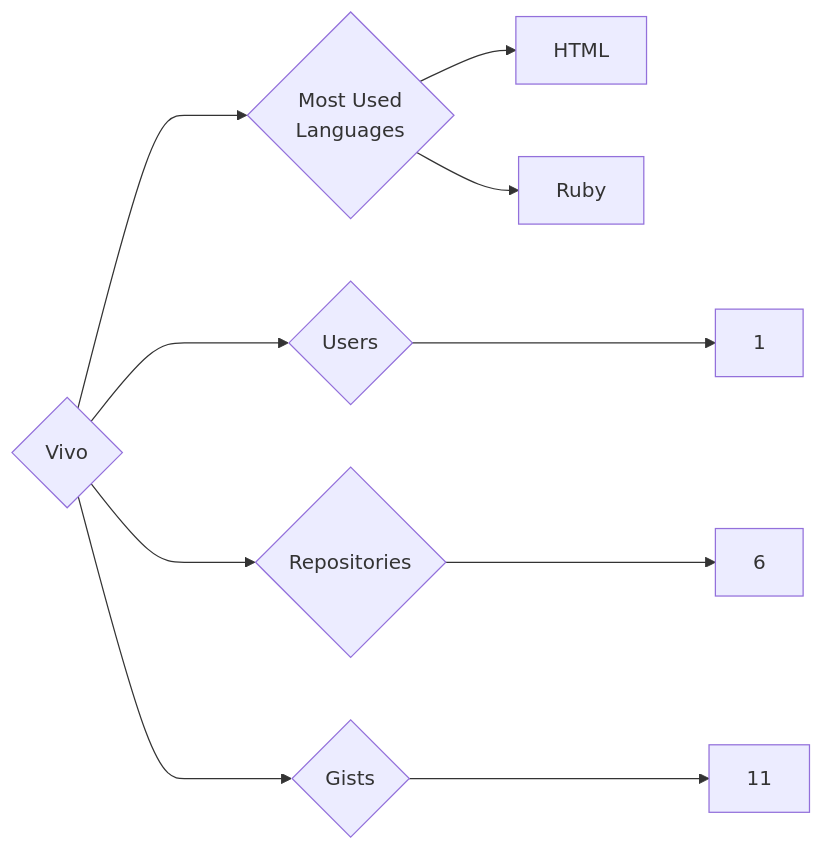
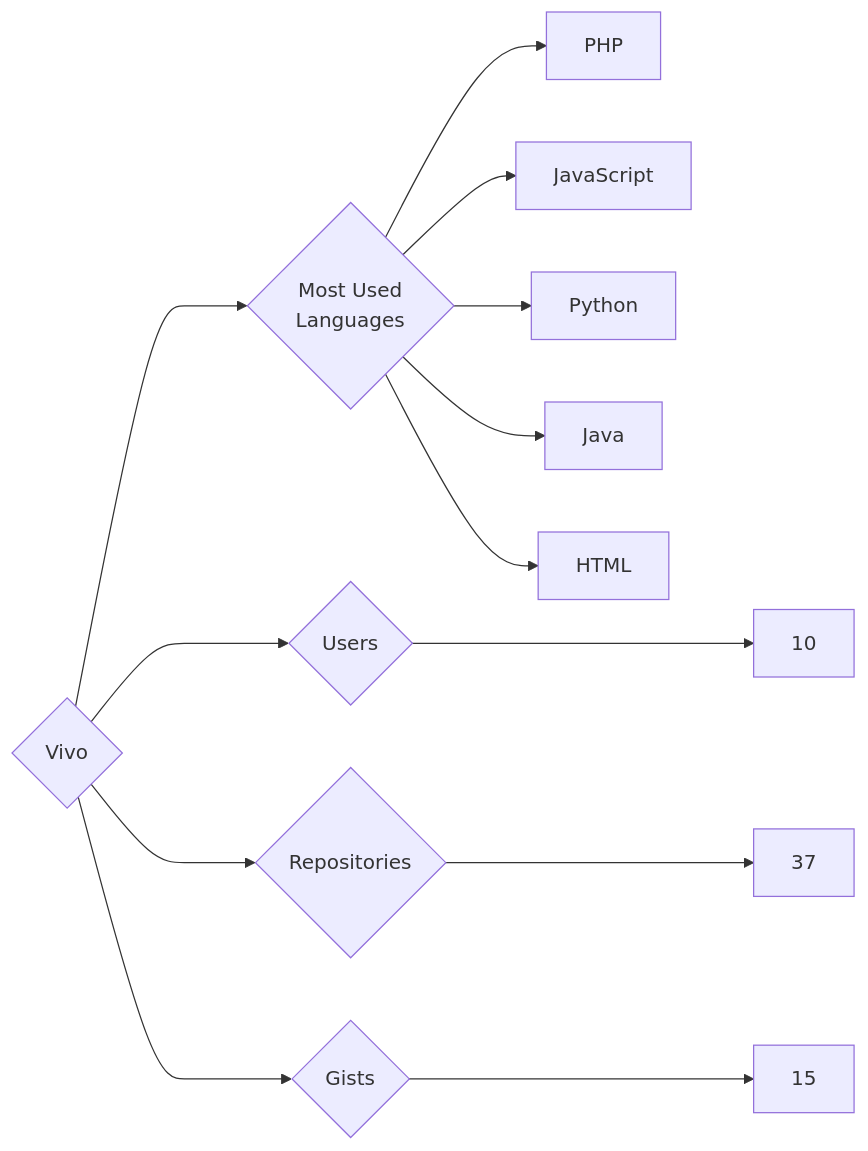
One commit to trickest/insiders changed the diagram in targets/Vivo/README.md. Above: the diagram before and after it, drawn with Mermaid. The commit also changed 799 other files, not shown here.

````diff
--- a/targets/Vivo/README.md
+++ b/targets/Vivo/README.md
@@ -3,10 +3,13 @@
 ```mermaid
 graph LR
 COMPANY_NAME{Vivo}
-COMPANY_NAME ---> U{Users} ---> UN[1]
-COMPANY_NAME ---> R{Repositories} ---> RN[6]
-COMPANY_NAME ---> G{Gists} ---> GN[11]
+COMPANY_NAME ---> U{Users} ---> UN[10]
+COMPANY_NAME ---> R{Repositories} ---> RN[37]
+COMPANY_NAME ---> G{Gists} ---> GN[15]
 COMPANY_NAME ---> ML{Most Used<br>Languages}
+ML --> PHP[PHP]
+ML --> JavaScript[JavaScript]
+ML --> Python[Python]
+ML --> Java[Java]
 ML --> HTML[HTML]
-ML --> Ruby[Ruby]
 ```
````
